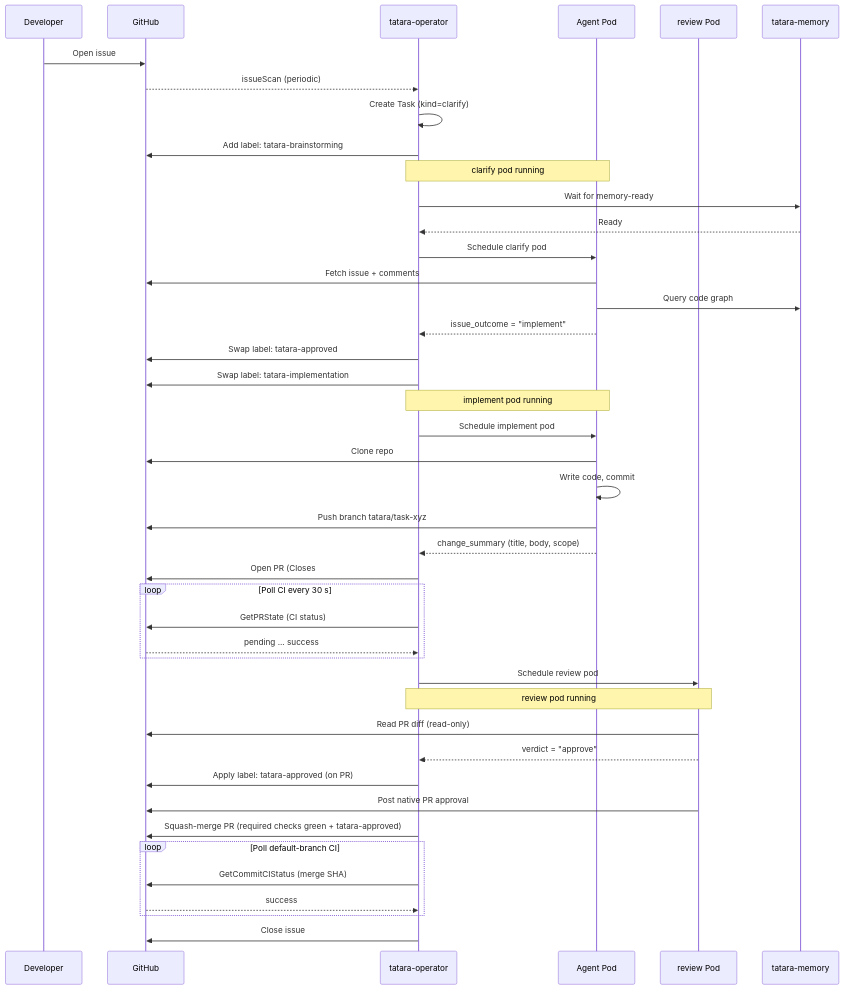
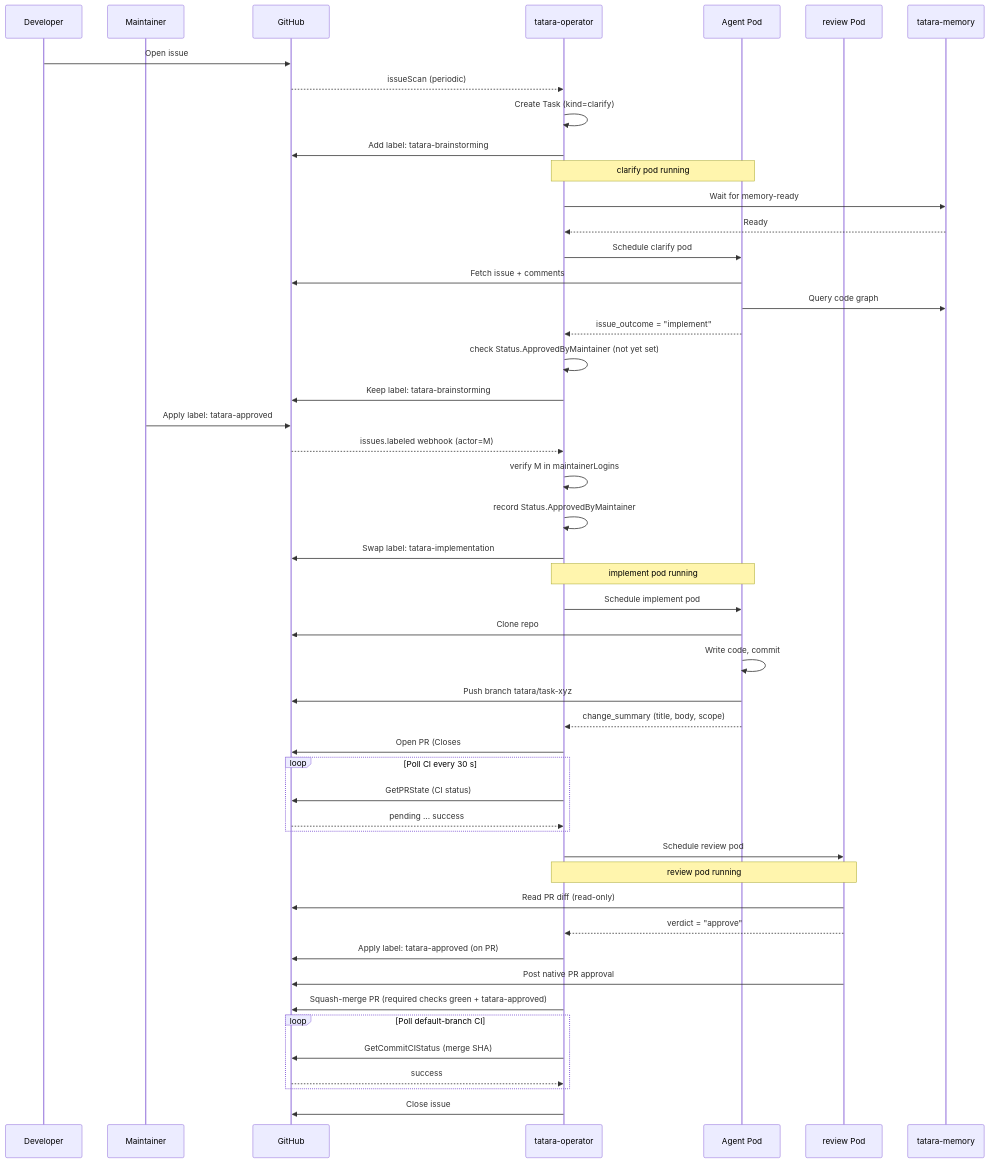
One commit to szymonrychu/tatara-documentation changed the diagram in docs/explainers/issue-to-pr.md. Above: the diagram before and after it, drawn with Mermaid. The commit also changed other lines of this file and 17 other files, not shown here.

````diff
--- a/docs/explainers/issue-to-pr.md
+++ b/docs/explainers/issue-to-pr.md
@@ -207,58 +225,64 @@
 ```mermaid
 sequenceDiagram
     participant Dev as Developer
+    participant M as Maintainer
     participant GH as GitHub
     participant Op as tatara-operator
     participant Pod as Agent Pod
     participant Rev as review Pod
     participant Mem as tatara-memory
 
     Dev->>GH: Open issue #42
     GH-->>Op: issueScan (periodic)
     Op->>Op: Create Task (kind=clarify)
     Op->>GH: Add label: tatara-brainstorming
 
     Note over Op,Pod: clarify pod running
 
     Op->>Mem: Wait for memory-ready
     Mem-->>Op: Ready
     Op->>Pod: Schedule clarify pod
     Pod->>GH: Fetch issue + comments
     Pod->>Mem: Query code graph
     Pod-->>Op: issue_outcome = "implement"
+    Op->>Op: check Status.ApprovedByMaintainer (not yet set)
+    Op->>GH: Keep label: tatara-brainstorming
 
-    Op->>GH: Swap label: tatara-approved
+    M->>GH: Apply label: tatara-approved
+    GH-->>Op: issues.labeled webhook (actor=M)
+    Op->>Op: verify M in maintainerLogins
+    Op->>Op: record Status.ApprovedByMaintainer
     Op->>GH: Swap label: tatara-implementation
 
     Note over Op,Pod: implement pod running
 
     Op->>Pod: Schedule implement pod
     Pod->>GH: Clone repo
     Pod->>Pod: Write code, commit
     Pod->>GH: Push branch tatara/task-xyz
     Pod-->>Op: change_summary (title, body, scope)
     Op->>GH: Open PR (Closes #42)
 
     loop Poll CI every 30 s
         Op->>GH: GetPRState (CI status)
         GH-->>Op: pending ... success
     end
 
     Op->>Rev: Schedule review pod
 
     Note over Op,Rev: review pod running
 
     Rev->>GH: Read PR diff (read-only)
     Rev-->>Op: verdict = "approve"
     Op->>GH: Apply label: tatara-approved (on PR)
     Rev->>GH: Post native PR approval
 
     Op->>GH: Squash-merge PR (required checks green + tatara-approved)
 
     loop Poll default-branch CI
         Op->>GH: GetCommitCIStatus (merge SHA)
         GH-->>Op: success
     end
 
     Op->>GH: Close issue #42
 ```
````
